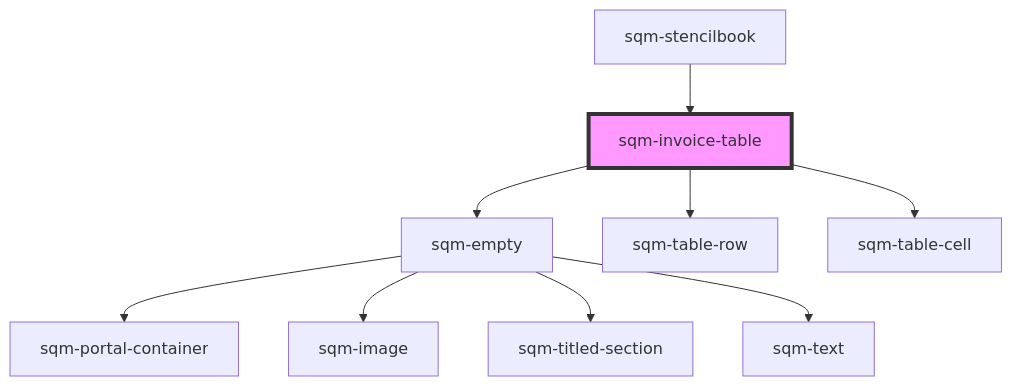
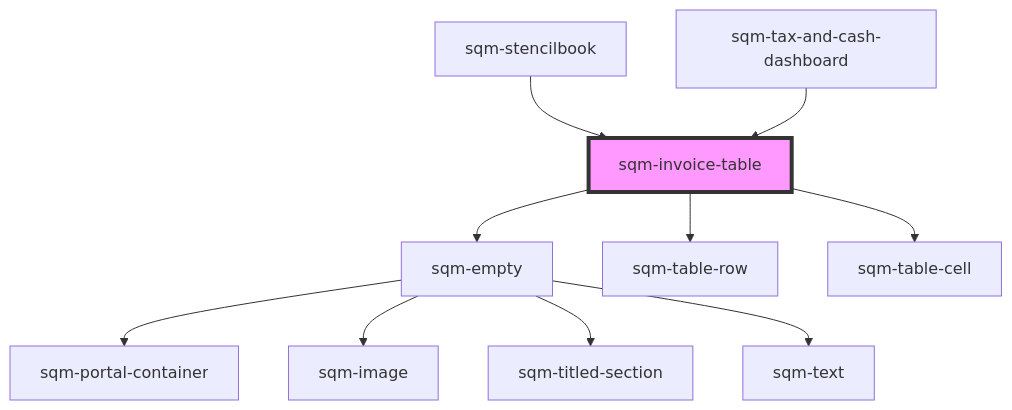
The diagram in packages/mint-components/src/components/sqm-invoice-table/readme.md (saasquatch/program-tools), drawn with Mermaid before and after one commit. The commit also changed other lines of this file and 21 other files, not shown here.

````diff
--- a/packages/mint-components/src/components/sqm-invoice-table/readme.md
+++ b/packages/mint-components/src/components/sqm-invoice-table/readme.md
@@ -38,12 +39,13 @@
 ```mermaid
 graph TD;
   sqm-invoice-table --> sqm-empty
   sqm-invoice-table --> sqm-table-row
   sqm-invoice-table --> sqm-table-cell
   sqm-empty --> sqm-portal-container
   sqm-empty --> sqm-image
   sqm-empty --> sqm-titled-section
   sqm-empty --> sqm-text
   sqm-stencilbook --> sqm-invoice-table
+  sqm-tax-and-cash-dashboard --> sqm-invoice-table
   style sqm-invoice-table fill:#f9f,stroke:#333,stroke-width:4px
 ```
````
